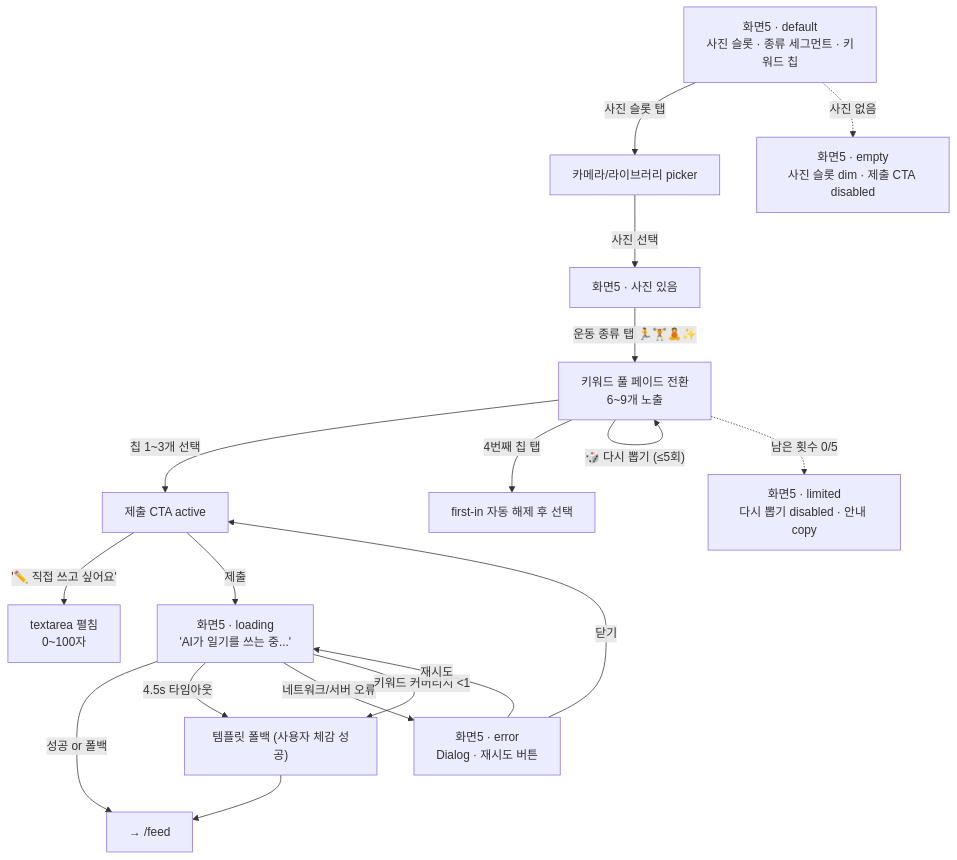
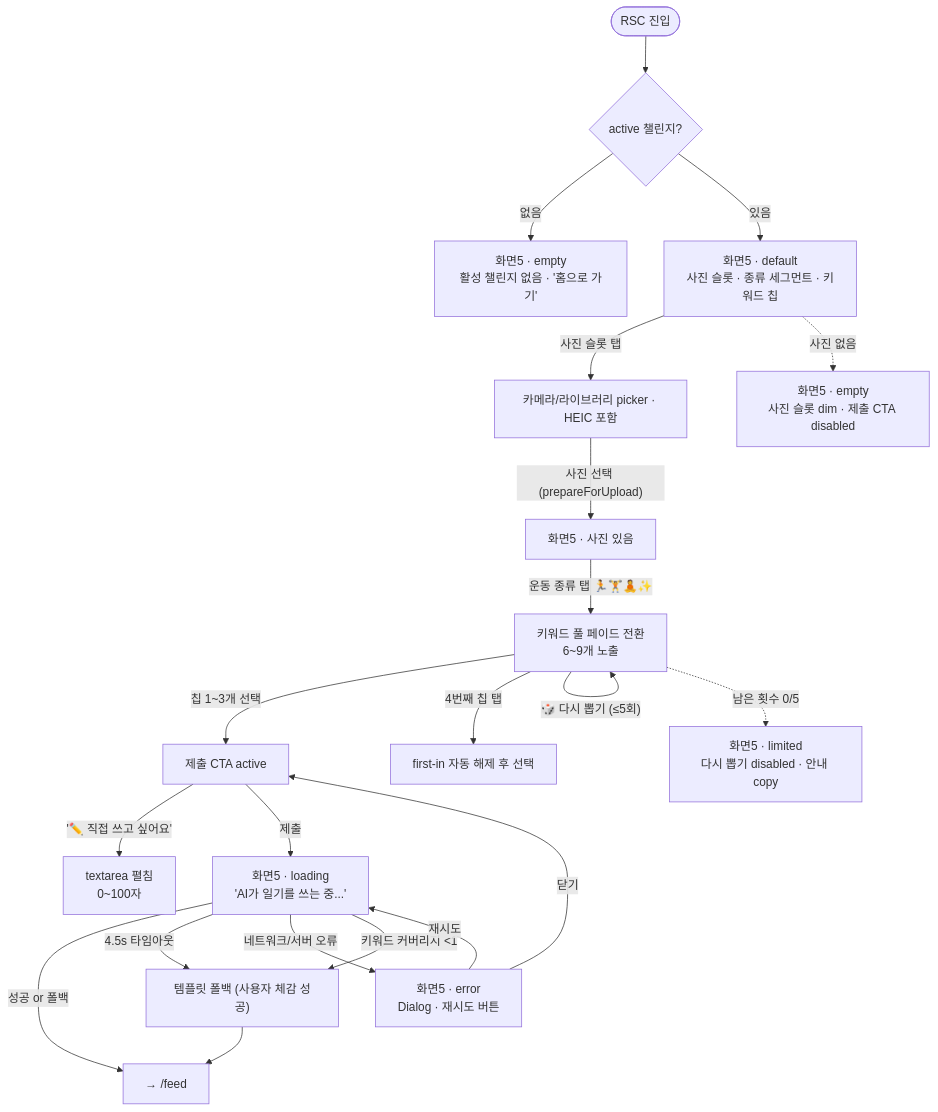
The second of 13 diagrams in docs/DESIGN_FLOW.md (pistachio8/with-key-app), drawn with Mermaid before and after one commit. The commit also changed other lines of this file, not shown here.

First line of the commit message:
docs(design-flow): sync v1.1 with multi-group / invite / proxy

````diff
--- a/docs/DESIGN_FLOW.md
+++ b/docs/DESIGN_FLOW.md
@@ -76,24 +96,28 @@
 ```mermaid
 flowchart TD
   S5[화면5 · default<br/>사진 슬롯 · 종류 세그먼트 · 키워드 칩]
-  S5 -- "사진 슬롯 탭" --> P[카메라/라이브러리 picker]
-  P -- "사진 선택" --> S5P[화면5 · 사진 있음]
+  S5EM2[화면5 · empty<br/>활성 챌린지 없음 · '홈으로 가기']
+  Entry([RSC 진입]) --> S5Q{active 챌린지?}
+  S5Q -->|없음| S5EM2
+  S5Q -->|있음| S5
+  S5 -- "사진 슬롯 탭" --> P[카메라/라이브러리 picker · HEIC 포함]
+  P -- "사진 선택 (prepareForUpload)" --> S5P[화면5 · 사진 있음]
   S5 -. "사진 없음" .-> S5EM[화면5 · empty<br/>사진 슬롯 dim · 제출 CTA disabled]
 
   S5P -- "운동 종류 탭 🏃🏋️🧘✨" --> S5K[키워드 풀 페이드 전환<br/>6~9개 노출]
   S5K -- "칩 1~3개 선택" --> S5R[제출 CTA active]
   S5K -- "4번째 칩 탭" --> S5K2["first-in 자동 해제 후 선택"]
   S5K -- "🎲 다시 뽑기 (≤5회)" --> S5K
   S5K -. "남은 횟수 0/5" .-> S5LT[화면5 · limited<br/>다시 뽑기 disabled · 안내 copy]
 
   S5R -- "'✏️ 직접 쓰고 싶어요'" --> S5M[textarea 펼침<br/>0~100자]
   S5R -- "제출" --> S5L[화면5 · loading<br/>'AI가 일기를 쓰는 중...']
 
   S5L -->|성공 or 폴백| S6go[→ /feed]
   S5L -->|4.5s 타임아웃| S5L2["템플릿 폴백 (사용자 체감 성공)"]
   S5L -->|네트워크/서버 오류| S5E[화면5 · error<br/>Dialog · 재시도 버튼]
   S5L -->|키워드 커버리지 <1| S5L2
   S5L2 --> S6go
   S5E -- "재시도" --> S5L
   S5E -- "닫기" --> S5R
 ```
````
